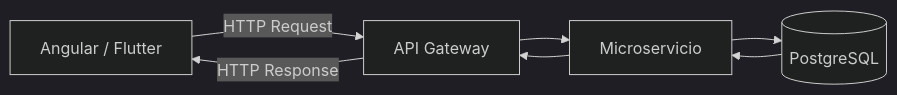
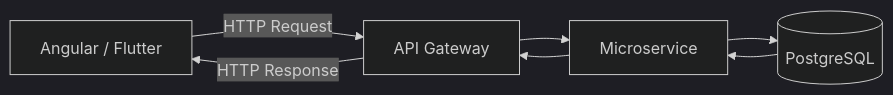
One commit to migueval/software-engineering changed diagram 11 of 29 in Connectivity Strategies in Distributed Systems/ARCHITECTURE.md. Above: the diagram before and after it, drawn with Mermaid (dark theme). The commit also changed other lines of this file and 19 other files, not shown here.

````diff
--- a/Connectivity Strategies in Distributed Systems/ARCHITECTURE.md
+++ b/Connectivity Strategies in Distributed Systems/ARCHITECTURE.md
@@ -637,15 +637,15 @@
 ```mermaid
 flowchart LR
 
     CLIENT["Angular / Flutter"]
     API["API Gateway"]
-    SERVICE["Microservicio"]
+    SERVICE["Microservice"]
     DATABASE[("PostgreSQL")]
 
     CLIENT -->|"HTTP Request"| API
     API --> SERVICE
     SERVICE --> DATABASE
     DATABASE --> SERVICE
     SERVICE --> API
     API -->|"HTTP Response"| CLIENT
 ```
````
